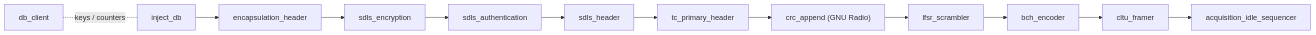
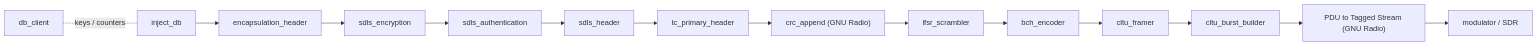
The first of 2 diagrams in README.md (aris-space/soarr-groundstation-gnuradio), drawn with Mermaid before and after one commit. The commit also changed other lines of this file and 16 other files, not shown here.

First line of the commit message:
feat(cltu_burst_builder): send each CLTU as its own PLOP-1 burst

````diff
--- a/README.md
+++ b/README.md
@@ -29,9 +29,10 @@
 ```mermaid
 flowchart LR
     db["db_client"] -. keys / counters .- inj["inject_db"]
     inj --> enc["encapsulation_header"] --> crypt["sdls_encryption"]
     crypt --> auth["sdls_authentication"] --> sh["sdls_header"]
     sh --> tc["tc_primary_header"] --> crc["crc_append (GNU Radio)"]
     crc --> scr["lfsr_scrambler"] --> bch["bch_encoder"]
-    bch --> cltu["cltu_framer"] --> seq["acquisition_idle_sequencer"]
+    bch --> cltu["cltu_framer"] --> burst["cltu_burst_builder"]
+    burst --> p2s["PDU to Tagged Stream (GNU Radio)"] --> mod["modulator / SDR"]
 ```
````
